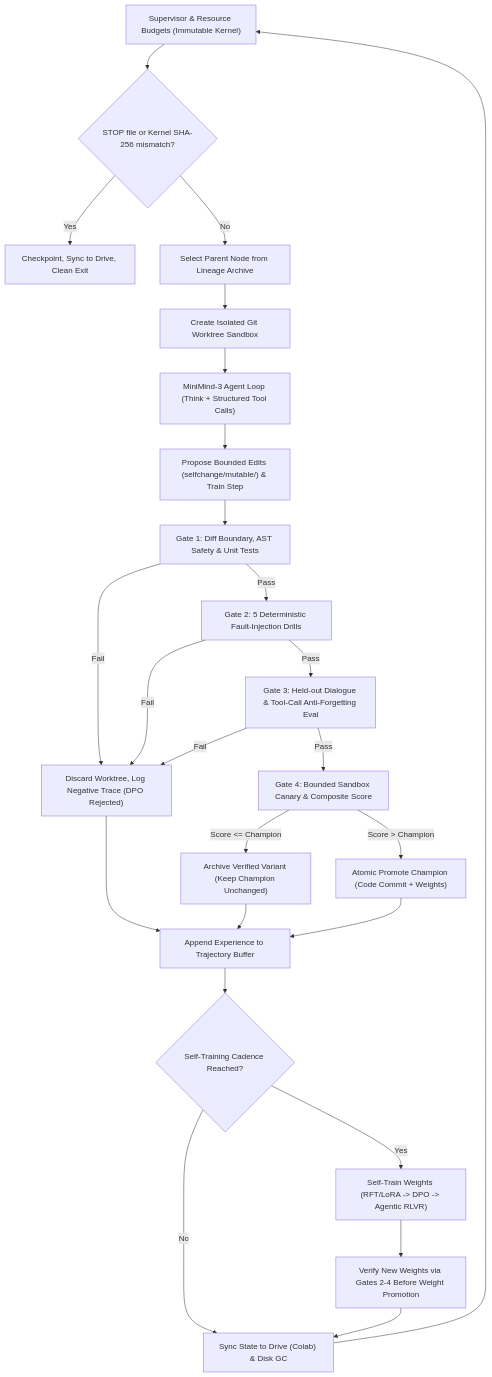
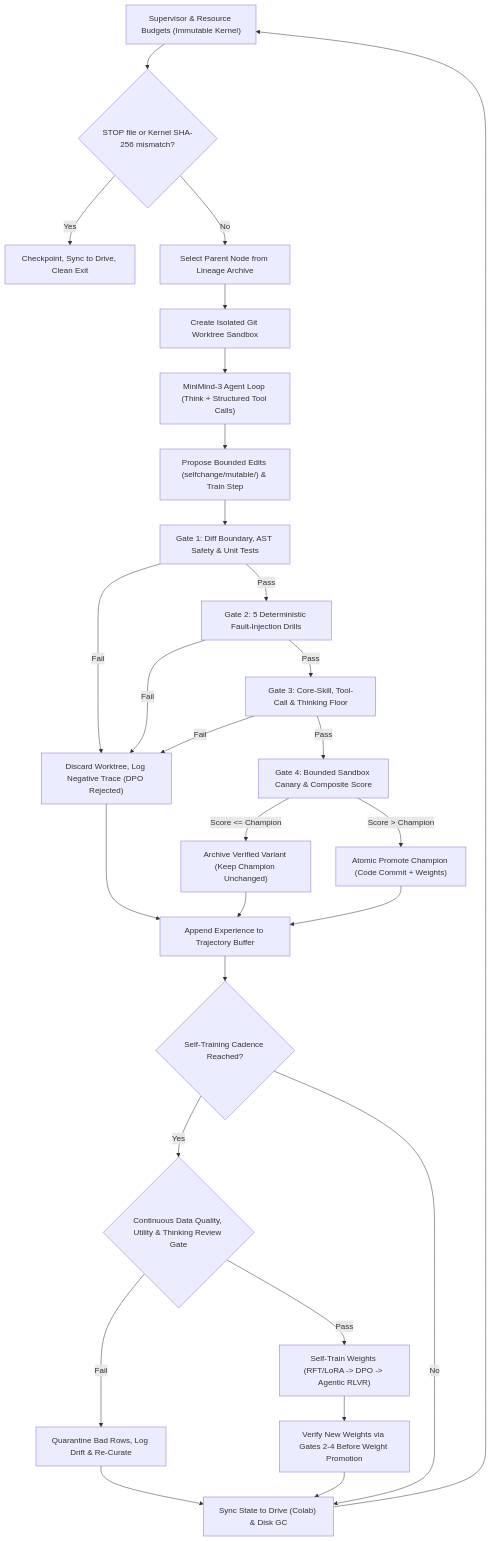
Before and after one commit to ed2k/minimind: the diagram in selfchange/plan.md, drawn with Mermaid. The commit also changed other lines of this file and 22 other files, not shown here.

````diff
--- a/selfchange/plan.md
+++ b/selfchange/plan.md
@@ -94,27 +121,30 @@
 ```mermaid
 flowchart TD
     S["Supervisor & Resource Budgets (Immutable Kernel)"] --> K{"STOP file or Kernel SHA-256 mismatch?"}
     K -->|Yes| HALT["Checkpoint, Sync to Drive, Clean Exit"]
     K -->|No| P["Select Parent Node from Lineage Archive"]
     P --> WT["Create Isolated Git Worktree Sandbox"]
     WT --> AG["MiniMind-3 Agent Loop (Think + Structured Tool Calls)"]
     AG --> ED["Propose Bounded Edits (selfchange/mutable/) & Train Step"]
     ED --> G1["Gate 1: Diff Boundary, AST Safety & Unit Tests"]
     G1 -->|Fail| NEG["Discard Worktree, Log Negative Trace (DPO Rejected)"]
     G1 -->|Pass| G2["Gate 2: 5 Deterministic Fault-Injection Drills"]
     G2 -->|Fail| NEG
-    G2 -->|Pass| G3["Gate 3: Held-out Dialogue & Tool-Call Anti-Forgetting Eval"]
+    G2 -->|Pass| G3["Gate 3: Core-Skill, Tool-Call & Thinking Floor"]
     G3 -->|Fail| NEG
     G3 -->|Pass| G4["Gate 4: Bounded Sandbox Canary & Composite Score"]
     G4 -->|Score <= Champion| ARCH["Archive Verified Variant (Keep Champion Unchanged)"]
     G4 -->|Score > Champion| PROM["Atomic Promote Champion (Code Commit + Weights)"]
     NEG --> BUF["Append Experience to Trajectory Buffer"]
     ARCH --> BUF
     PROM --> BUF
     BUF --> TR{"Self-Training Cadence Reached?"}
-    TR -->|Yes| ST["Self-Train Weights (RFT/LoRA -> DPO -> Agentic RLVR)"]
+    TR -->|Yes| DQ{"Continuous Data Quality, Utility & Thinking Review Gate"}
+    DQ -->|Fail| QUAR["Quarantine Bad Rows, Log Drift & Re-Curate"]
+    QUAR --> SYNC
+    DQ -->|Pass| ST["Self-Train Weights (RFT/LoRA -> DPO -> Agentic RLVR)"]
     TR -->|No| SYNC["Sync State to Drive (Colab) & Disk GC"]
     ST --> VWT["Verify New Weights via Gates 2-4 Before Weight Promotion"]
     VWT --> SYNC
     SYNC --> S
 ```
````
